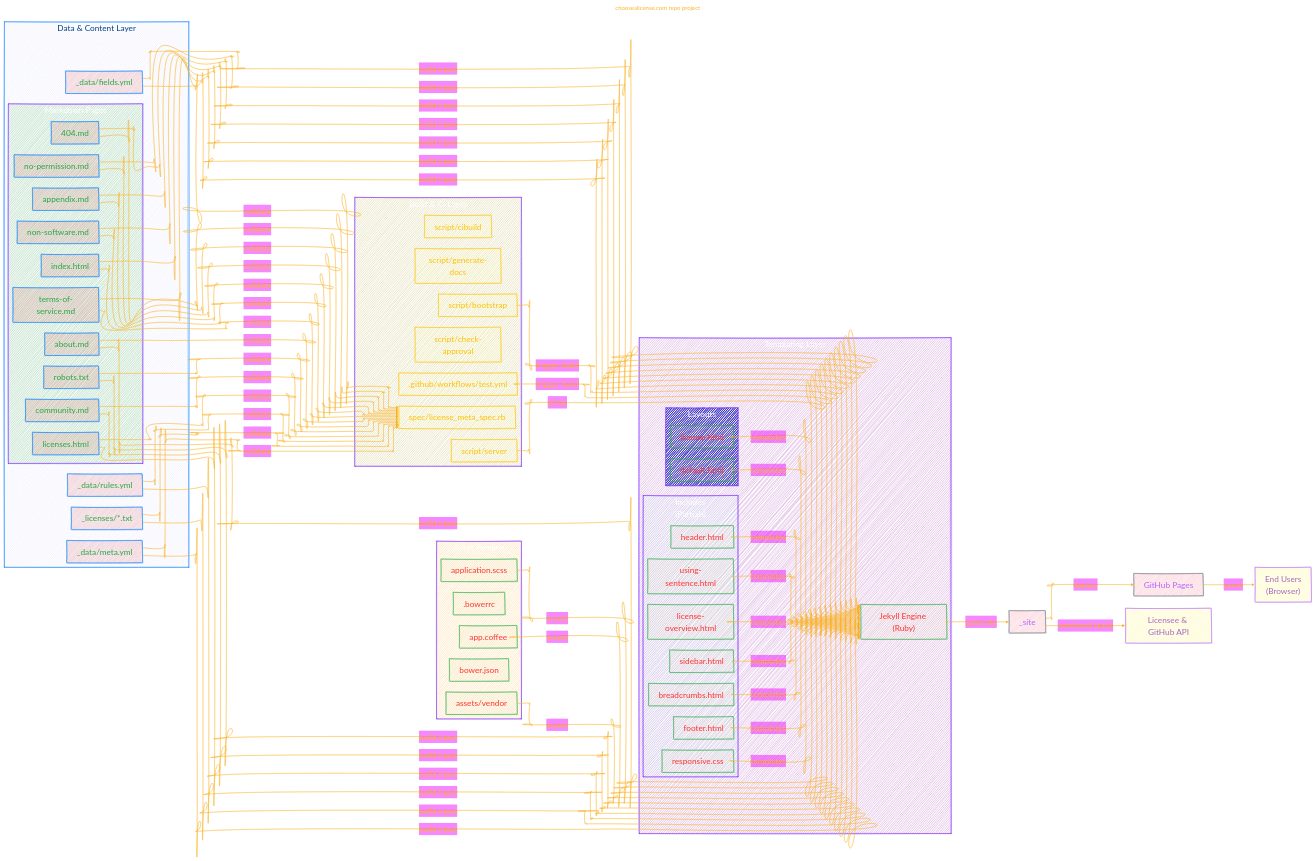
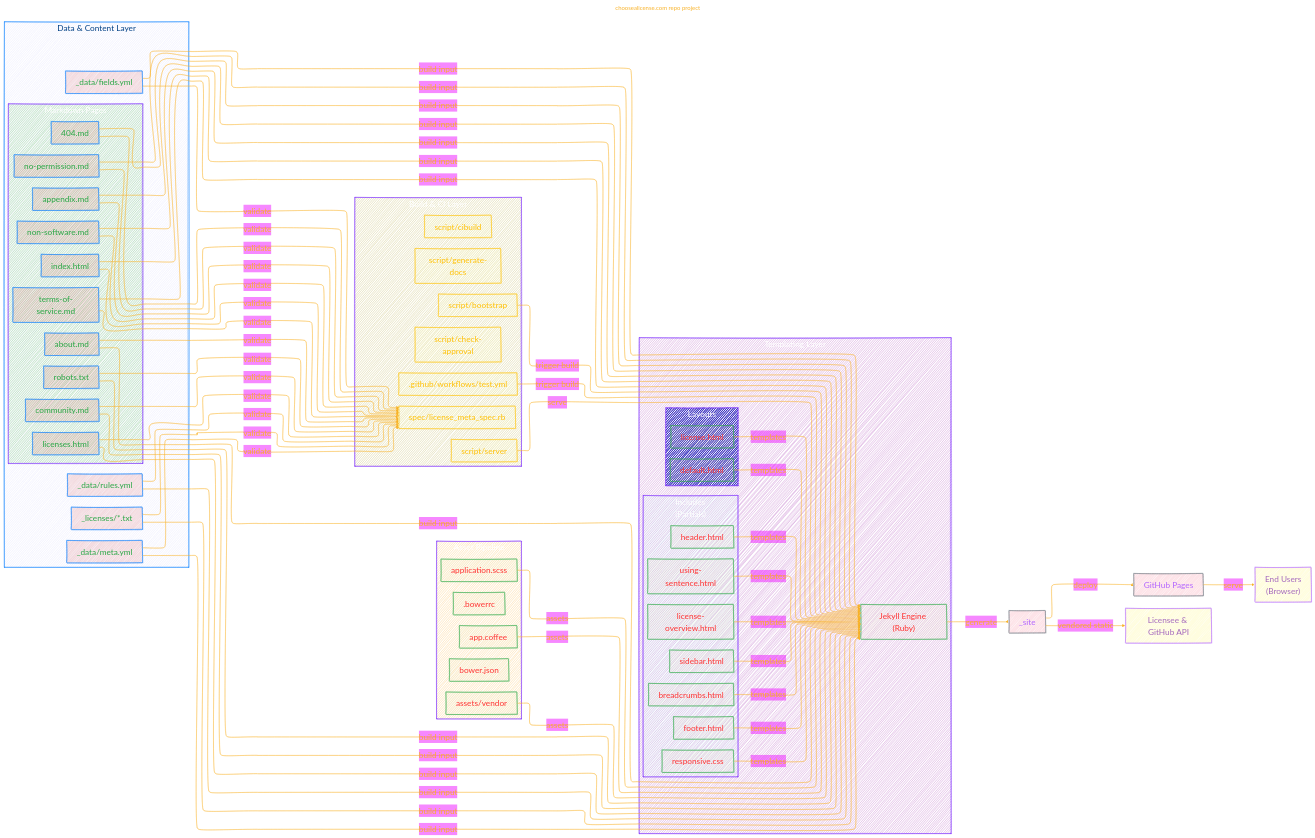
One commit to CongLeSolutionX/ArchExplorer changed the first of 2 diagrams in GITHUB/choosealicense.com.md. Above: the diagram before and after it, drawn with Mermaid.

```diff
--- a/GITHUB/choosealicense.com.md
+++ b/GITHUB/choosealicense.com.md
@@ -57,7 +57,7 @@
 %% basis, bumpX, bumpY, cardinal, catmullRom, linear, monotoneX, monotoneY, natural, step, stepAfter, stepBefore.
 %%{
   init: {
-    'flowchart': { 'htmlLabels': true, 'curve': 'natural' },
+    'flowchart': { 'htmlLabels': true, 'curve': 'catmullRom' },
     'fontFamily': 'Fantasy, Impact',
     'logLevel': 'fatal',
     'themeVariables': {
```
